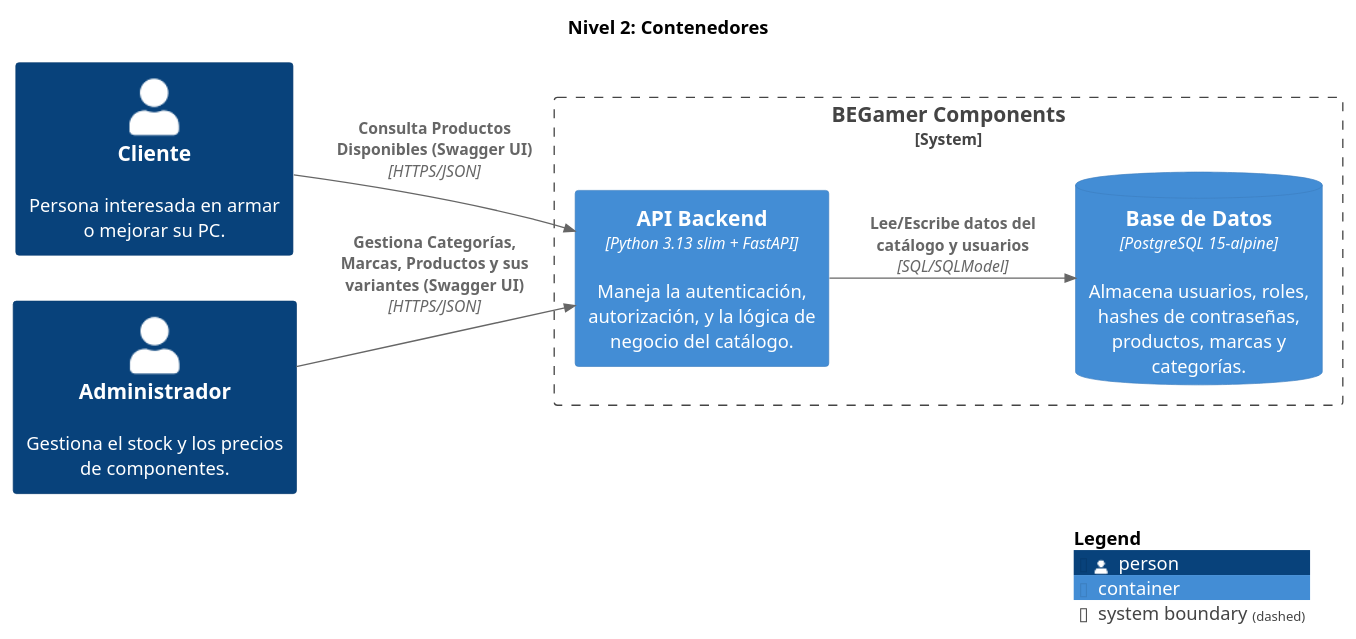
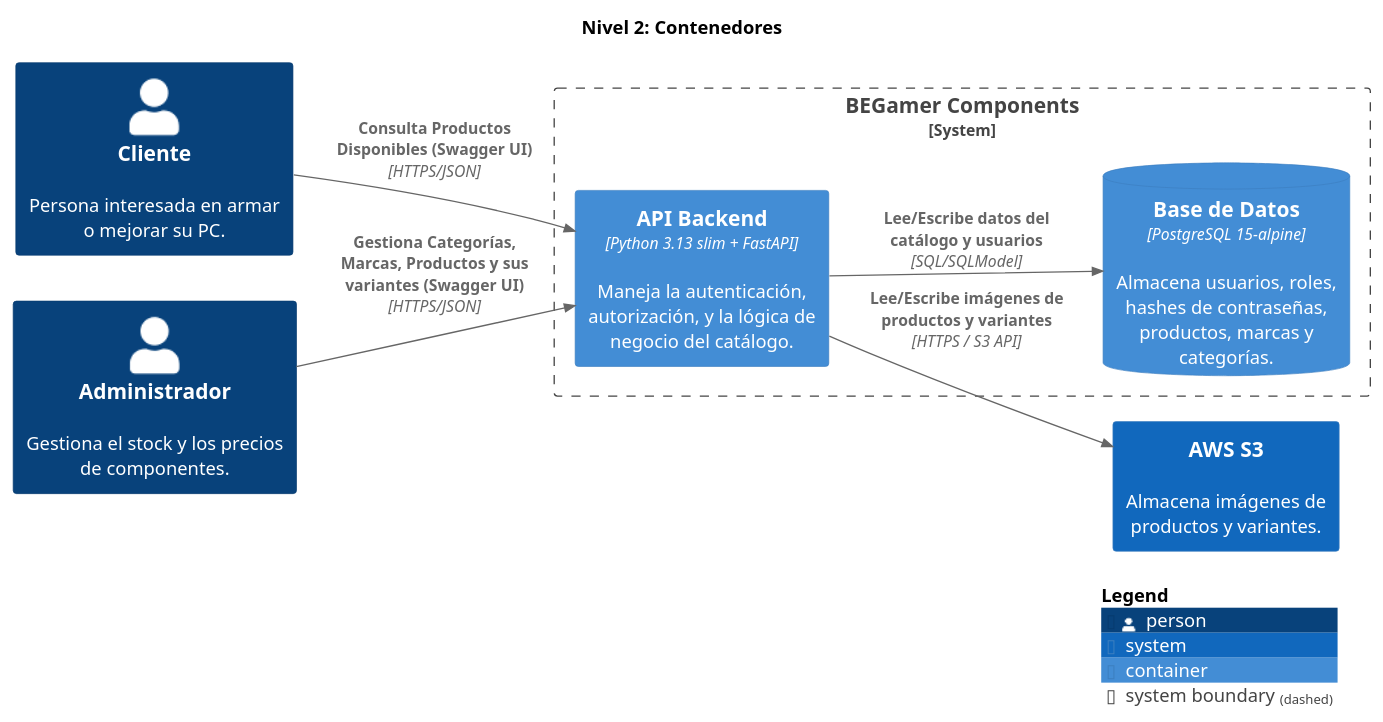
One commit to BruizN/BEGAMER-PC-COMPONENTS changed the diagram in master/puml/Contenedores.puml. Above: the diagram before and after it, drawn with PlantUML. The commit also changed 64 other files, not shown here.

```diff
--- a/master/puml/Contenedores.puml
+++ b/master/puml/Contenedores.puml
@@ -1,24 +1,26 @@
 @startuml
 set separator none
 title Nivel 2: Contenedores
 
 left to right direction
 
 !include <C4/C4>
 !include <C4/C4_Context>
 !include <C4/C4_Container>
 
 Person(Cliente, "Cliente", $descr="Persona interesada en armar o mejorar su PC.", $tags="", $link="")
 Person(Administrador, "Administrador", $descr="Gestiona el stock y los precios de componentes.", $tags="", $link="")
+System(AWSS3, "AWS S3", $descr="Almacena imágenes de productos y variantes.", $tags="", $link="")
 
 System_Boundary("BEGamerComponents_boundary", "BEGamer Components", $tags="") {
   Container(BEGamerComponents.APIBackend, "API Backend", $techn="Python 3.13 slim + FastAPI", $descr="Maneja la autenticación, autorización, y la lógica de negocio del catálogo.", $tags="", $link="")
   ContainerDb(BEGamerComponents.BasedeDatos, "Base de Datos", $techn="PostgreSQL 15-alpine", $descr="Almacena usuarios, roles, hashes de contraseñas, productos, marcas y categorías.", $tags="", $link="")
 }
 
 Rel(Administrador, BEGamerComponents.APIBackend, "Gestiona Categorías, Marcas, Productos y sus variantes (Swagger UI)", $techn="HTTPS/JSON", $tags="", $link="")
 Rel(Cliente, BEGamerComponents.APIBackend, "Consulta Productos Disponibles (Swagger UI)", $techn="HTTPS/JSON", $tags="", $link="")
 Rel(BEGamerComponents.APIBackend, BEGamerComponents.BasedeDatos, "Lee/Escribe datos del catálogo y usuarios", $techn="SQL/SQLModel", $tags="", $link="")
+Rel(BEGamerComponents.APIBackend, AWSS3, "Lee/Escribe imágenes de productos y variantes", $techn="HTTPS / S3 API", $tags="", $link="")
 
 SHOW_LEGEND(true)
 @enduml
```
